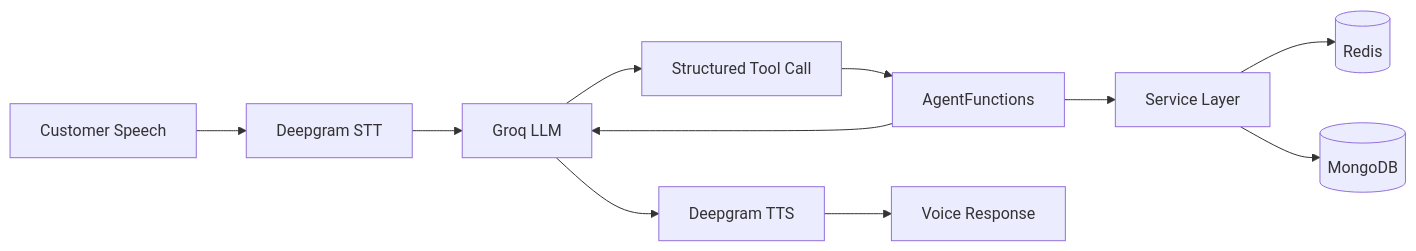
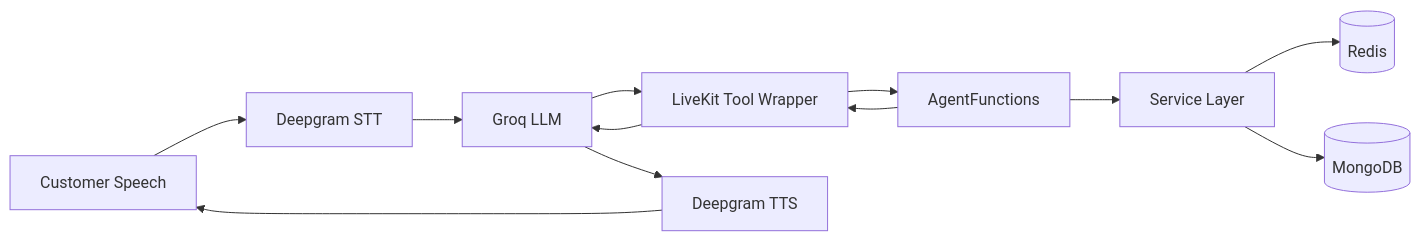
The first of 5 diagrams in docs/agent-tools.md (mx7h/Voice-Agent-POC), drawn with Mermaid before and after one commit. The commit also changed other lines of this file and 5 other files, not shown here.

````diff
--- a/docs/agent-tools.md
+++ b/docs/agent-tools.md
@@ -9,13 +9,14 @@
 ```mermaid
 flowchart LR
     U[Customer Speech] --> STT[Deepgram STT]
     STT --> LLM[Groq LLM]
-    LLM --> T[Structured Tool Call]
-    T --> F[AgentFunctions]
-    F --> S[Service Layer]
+    LLM --> TW[LiveKit Tool Wrapper]
+    TW --> AF[AgentFunctions]
+    AF --> S[Service Layer]
     S --> R[(Redis)]
     S --> M[(MongoDB)]
-    F --> LLM
+    AF --> TW
+    TW --> LLM
     LLM --> TTS[Deepgram TTS]
-    TTS --> V[Voice Response]
+    TTS --> U
 ```
````
